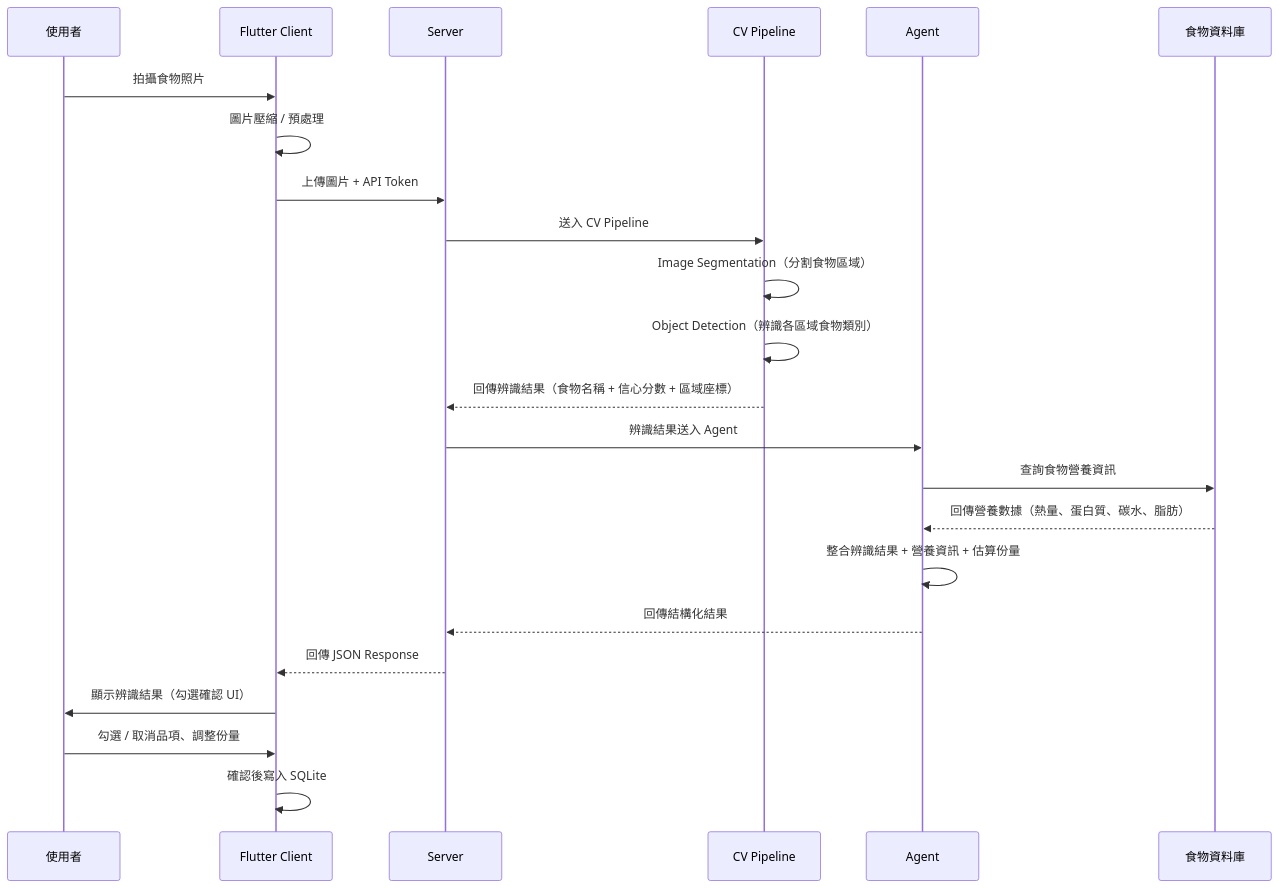
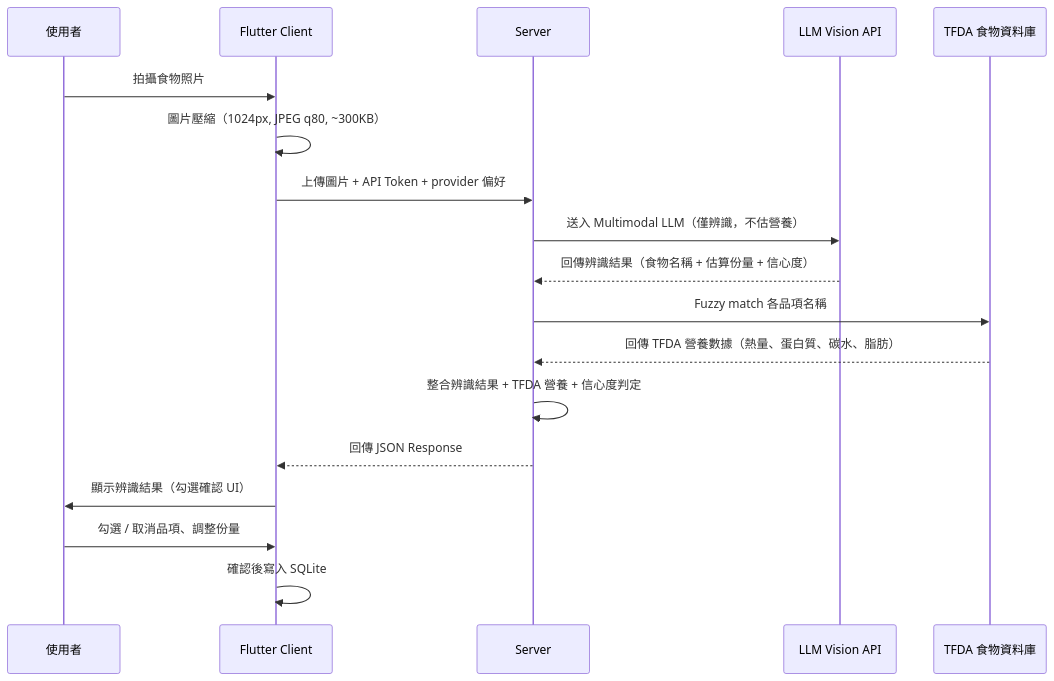
One commit to Chious/foodie_notes changed the diagram in frontend/docs/ADR/ADR-003-ai-food-recognition-pipeline.md. Above: the diagram before and after it, drawn with Mermaid. The commit also changed other lines of this file and 2 other files, not shown here.

First line of the commit message:
docs (ADR): switch to LLM pipeline; add asset

````diff
--- a/frontend/docs/ADR/ADR-003-ai-food-recognition-pipeline.md
+++ b/frontend/docs/ADR/ADR-003-ai-food-recognition-pipeline.md
@@ -28,30 +35,25 @@
 ```mermaid
 sequenceDiagram
     participant U as 使用者
     participant C as Flutter Client
     participant S as Server
-    participant CV as CV Pipeline
-    participant AG as Agent
-    participant DB as 食物資料庫
+    participant LLM as LLM Vision API
+    participant DB as TFDA 食物資料庫
 
     U->>C: 拍攝食物照片
-    C->>C: 圖片壓縮 / 預處理
-    C->>S: 上傳圖片 + API Token
+    C->>C: 圖片壓縮（1024px, JPEG q80, ~300KB）
+    C->>S: 上傳圖片 + API Token + provider 偏好
 
-    S->>CV: 送入 CV Pipeline
-    CV->>CV: Image Segmentation（分割食物區域）
-    CV->>CV: Object Detection（辨識各區域食物類別）
-    CV-->>S: 回傳辨識結果（食物名稱 + 信心分數 + 區域座標）
+    S->>LLM: 送入 Multimodal LLM（僅辨識，不估營養）
+    LLM-->>S: 回傳辨識結果（食物名稱 + 估算份量 + 信心度）
 
-    S->>AG: 辨識結果送入 Agent
-    AG->>DB: 查詢食物營養資訊
-    DB-->>AG: 回傳營養數據（熱量、蛋白質、碳水、脂肪）
-    AG->>AG: 整合辨識結果 + 營養資訊 + 估算份量
-    AG-->>S: 回傳結構化結果
+    S->>DB: Fuzzy match 各品項名稱
+    DB-->>S: 回傳 TFDA 營養數據（熱量、蛋白質、碳水、脂肪）
+    S->>S: 整合辨識結果 + TFDA 營養 + 信心度判定
 
     S-->>C: 回傳 JSON Response
     C->>U: 顯示辨識結果（勾選確認 UI）
 
     U->>C: 勾選 / 取消品項、調整份量
     C->>C: 確認後寫入 SQLite
 ```
````
